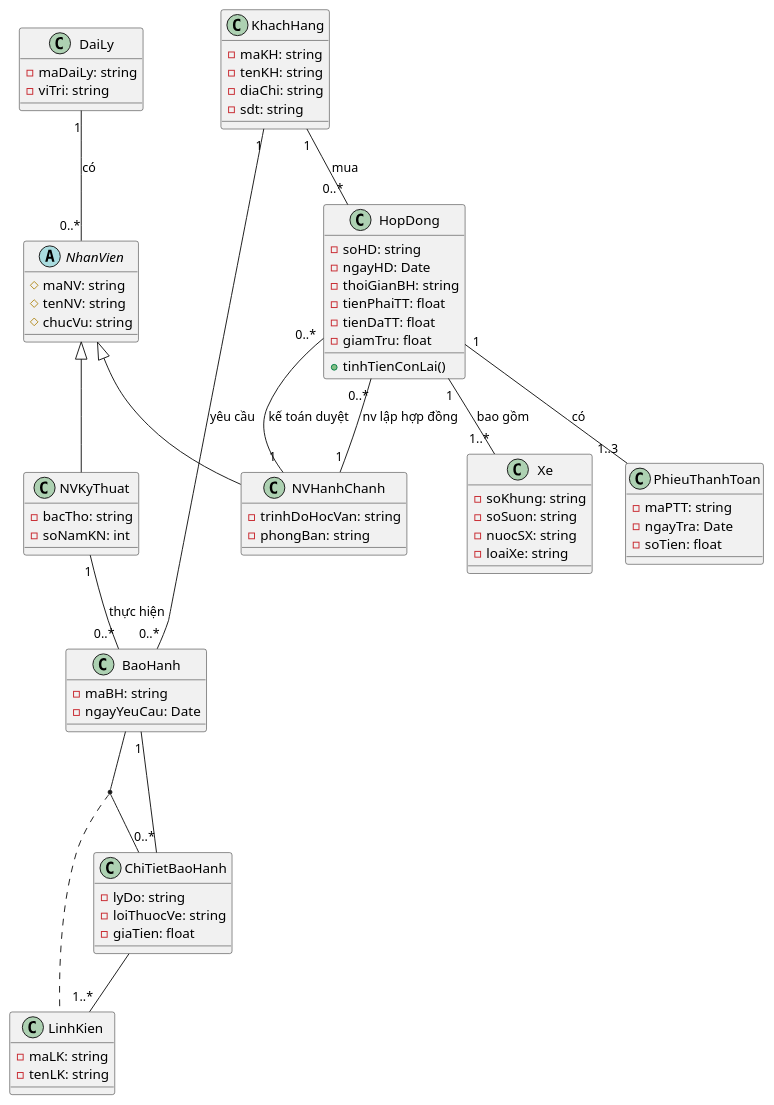
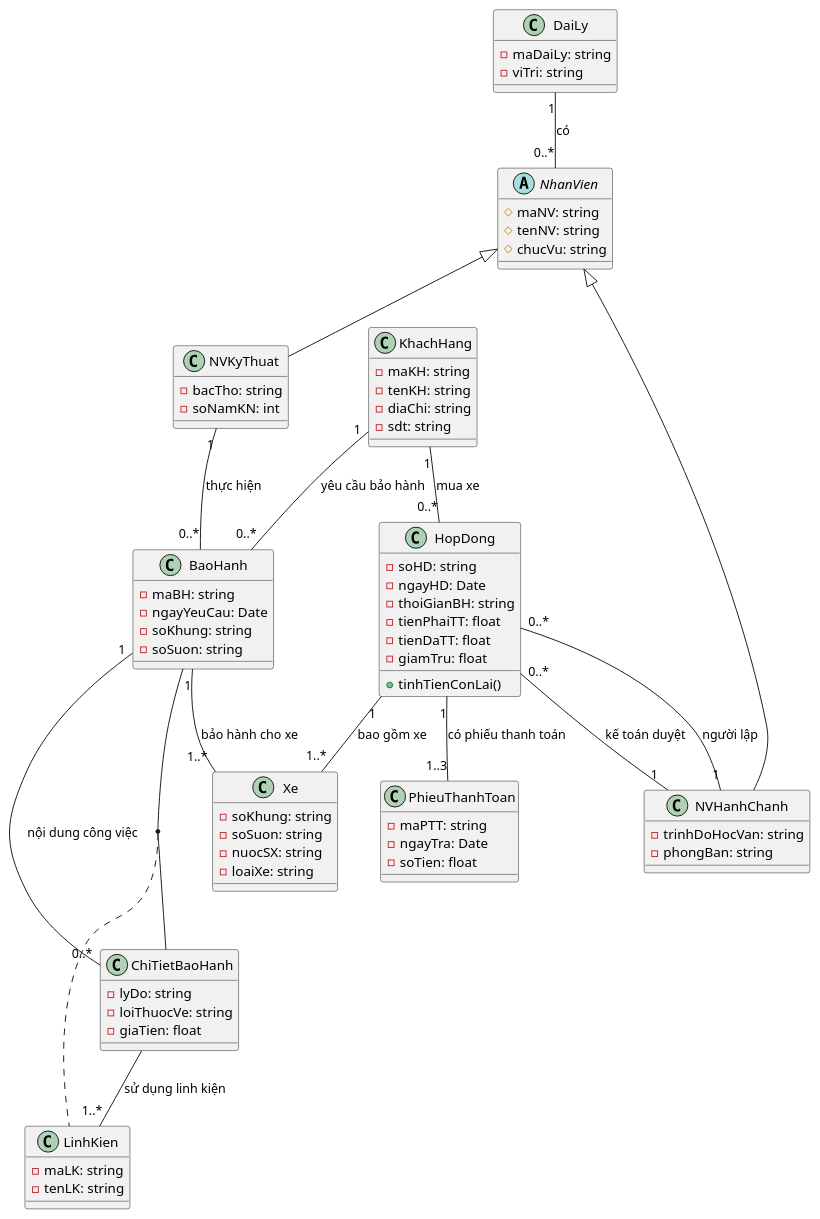
Before and after one commit to leanhvu21042001/LT.K2025.2-CNTT: the diagram in uit/courses/IE103/exercises/BTQT2/assets/BTQT2_bai2-CD.puml, drawn with PlantUML.

```diff
--- a/uit/courses/IE103/exercises/BTQT2/assets/BTQT2_bai2-CD.puml
+++ b/uit/courses/IE103/exercises/BTQT2/assets/BTQT2_bai2-CD.puml
@@ -1,88 +1,91 @@
 @startuml
 
 ''skinparam classAttributeIconSize 0
 skinparam defaultFontName "Iosevka"
 
 class DaiLy {
   - maDaiLy: string
   - viTri: string
 }
 
 ' --- Inheritance ---
 abstract class NhanVien {
   # maNV: string
   # tenNV: string
   # chucVu: string
 }
 class NVHanhChanh extends NhanVien {
   - trinhDoHocVan: string
   - phongBan: string
 }
 class NVKyThuat extends NhanVien {
   - bacTho: string
   - soNamKN: int
 }
 ' ------------------
 
 class KhachHang {
   - maKH: string
   - tenKH: string
   - diaChi: string
   - sdt: string
 }
 
 class HopDong {
   - soHD: string
   - ngayHD: Date
   - thoiGianBH: string
   - tienPhaiTT: float
   - tienDaTT: float
   - giamTru: float
   + tinhTienConLai()
 }
 
 class Xe {
   - soKhung: string
   - soSuon: string
   - nuocSX: string
   - loaiXe: string
 }
 
 class PhieuThanhToan {
   - maPTT: string
   - ngayTra: Date
   - soTien: float
 }
 
 class BaoHanh {
   - maBH: string
   - ngayYeuCau: Date
+  - soKhung: string
+  - soSuon: string
 }
 
 class LinhKien {
   - maLK: string
   - tenLK: string
 }
 
 ' --- Association Class ---
 class ChiTietBaoHanh {
   - lyDo: string
   - loiThuocVe: string
   - giaTien: float
 }
 
 ' --- Associations ---
 DaiLy "1" -- "0..*" NhanVien : "có"
 
-KhachHang "1" -- "0..*" HopDong : "mua"
-HopDong "0..*" -- "1" NVHanhChanh : "nv lập hợp đồng"
+KhachHang "1" -- "0..*" HopDong : "mua xe"
 HopDong "0..*" -- "1" NVHanhChanh : "kế toán duyệt"
-HopDong "1" -- "1..*" Xe : "bao gồm"
-HopDong "1" -- "1..3" PhieuThanhToan : "có"
+HopDong "0..*" -- "1" NVHanhChanh : "người lập"
+HopDong "1" -- "1..*" Xe : "bao gồm xe"
+HopDong "1" -- "1..3" PhieuThanhToan : "có phiếu thanh toán"
 NVKyThuat "1" -- "0..*" BaoHanh : "thực hiện"
 
-KhachHang "1" -- "0..*" BaoHanh : "yêu cầu"
+KhachHang "1" -- "0..*" BaoHanh : "yêu cầu bảo hành"
+BaoHanh "1" -- "1..*" Xe : "bảo hành cho xe"
 (BaoHanh, ChiTietBaoHanh) .. LinhKien
-BaoHanh "1" -- "0..*" ChiTietBaoHanh
-ChiTietBaoHanh -- "1..*" LinhKien
+BaoHanh "1" -- "0..*" ChiTietBaoHanh: "nội dung công việc"
+ChiTietBaoHanh -- "1..*" LinhKien: "sử dụng linh kiện"
 @enduml
```
